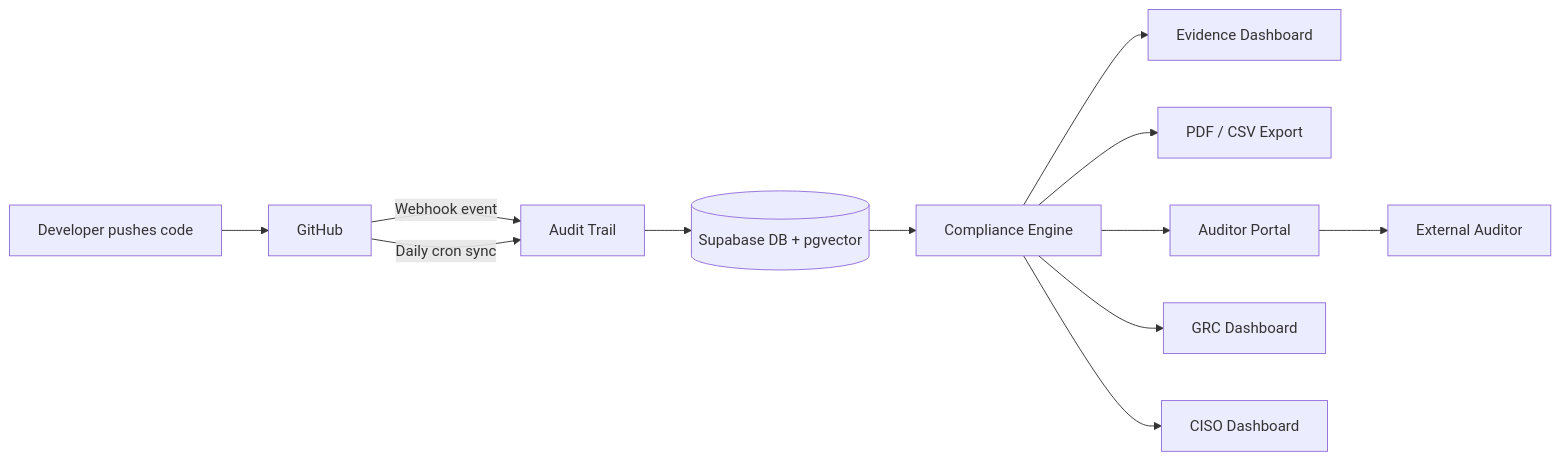
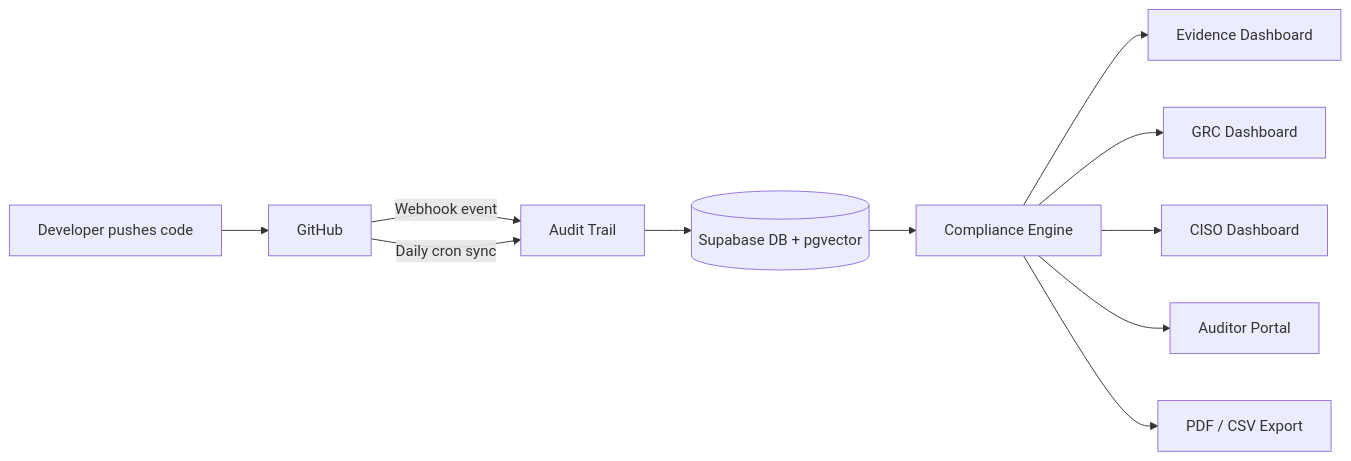
The diagram in README.md (JohnJohnW/audittrail-dev), drawn with Mermaid before and after one commit. The commit also changed other lines of this file, not shown here.

````diff
--- a/README.md
+++ b/README.md
@@ -36,14 +34,13 @@
 ```mermaid
 flowchart LR
     A[Developer pushes code] --> B[GitHub]
     B -->|Webhook event| C[Audit Trail]
     B -->|Daily cron sync| C
     C --> D[(Supabase DB + pgvector)]
     D --> E[Compliance Engine]
     E --> F[Evidence Dashboard]
-    E --> G[PDF / CSV Export]
-    E --> H[Auditor Portal]
-    E --> I[GRC Dashboard]
-    E --> J[CISO Dashboard]
-    H --> K[External Auditor]
+    E --> G[GRC Dashboard]
+    E --> H[CISO Dashboard]
+    E --> I[Auditor Portal]
+    E --> J[PDF / CSV Export]
 ```
````
